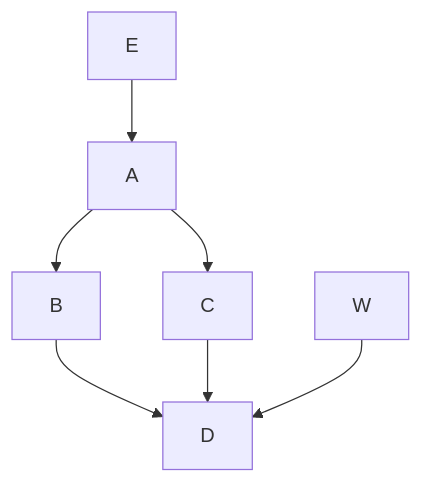
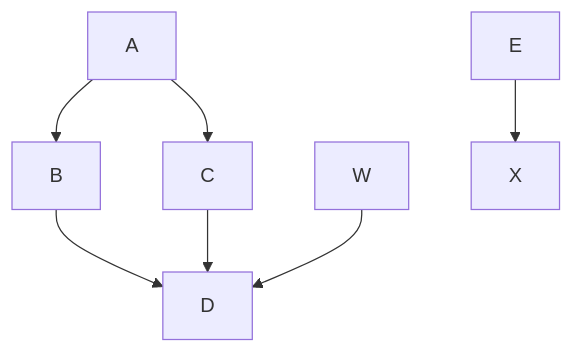
Before and after one commit to neenjaw/mermaid-markdown-test: the first of 2 diagrams in test/flow_inline.md, drawn with Mermaid. The commit also changed 1 other file, not shown here.

````diff
--- a/test/flow_inline.md
+++ b/test/flow_inline.md
@@ -7,10 +7,10 @@
 ```mermaid
 graph TD;
     A-->B;
     A-->C;
     B-->D;
     C-->D;
     W-->D;
-    E-->A;
+    E-->X;
 
 ```
````
